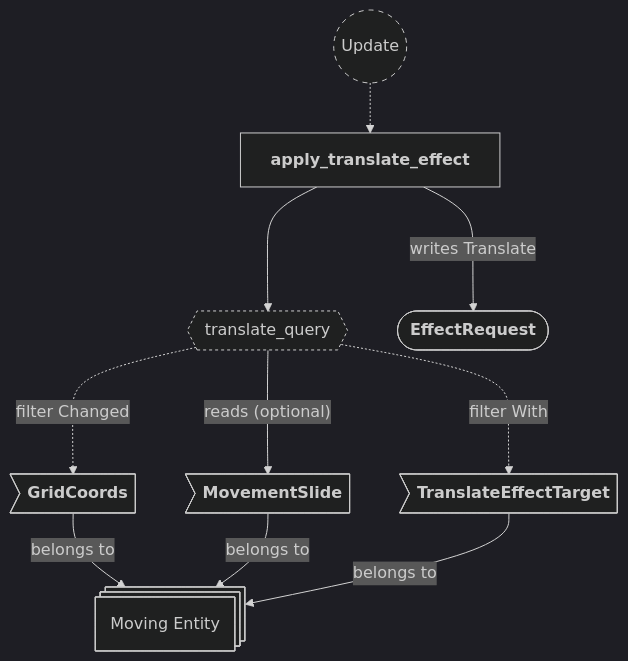
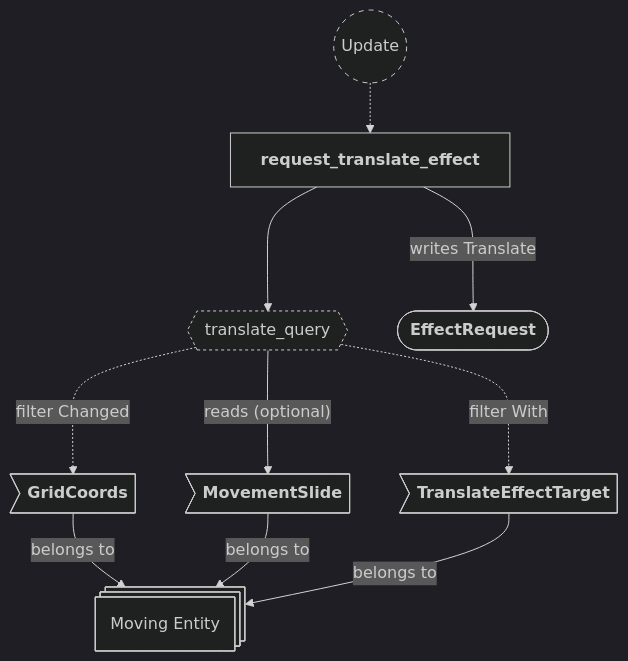
One commit to neurosoup/tyled changed the fourth of 22 diagrams in backlog/docs/doc-10 - 008-Effects-plugin.md. Above: the diagram before and after it, drawn with Mermaid. The commit also changed other lines of this file and 3 other files, not shown here.

First line of the commit message:
Docs: rewrite doc-11 damage plugin, diagrams in doc-10; rename effect request systems

````diff
--- a/backlog/docs/doc-10 - 008-Effects-plugin.md
+++ b/backlog/docs/doc-10 - 008-Effects-plugin.md
@@ -243,31 +332,31 @@
 ```mermaid
 ---
 config:
   theme: dark
 ---
 
 flowchart TD
 classDef system-group stroke-dasharray: 5 5
 classDef query stroke-dasharray: 3 3
 
 update(("`Update`")):::system-group
-apply_translate_effect["`**apply_translate_effect**`"]
+request_translate_effect["`**request_translate_effect**`"]
 
-update -.-> apply_translate_effect
+update -.-> request_translate_effect
 
 translate_query{{"`translate_query`"}}:::query
-apply_translate_effect ---> translate_query
+request_translate_effect ---> translate_query
 
 moving_entity@{ shape: st-rect, label: "Moving Entity" }
 
 me_grid_coords>"`**GridCoords**`"] --> |belongs to| moving_entity
 me_slide>"`**MovementSlide**`"] --> |belongs to| moving_entity
 me_marker>"`**TranslateEffectTarget**`"] --> |belongs to| moving_entity
 
 translate_query -..-> |filter Changed| me_grid_coords
 translate_query ---> |"reads (optional)"| me_slide
 translate_query -..-> |filter With| me_marker
 
 effect_request(["`**EffectRequest**`"])
-apply_translate_effect ---> |writes Translate| effect_request
+request_translate_effect ---> |writes Translate| effect_request
 ```
````
